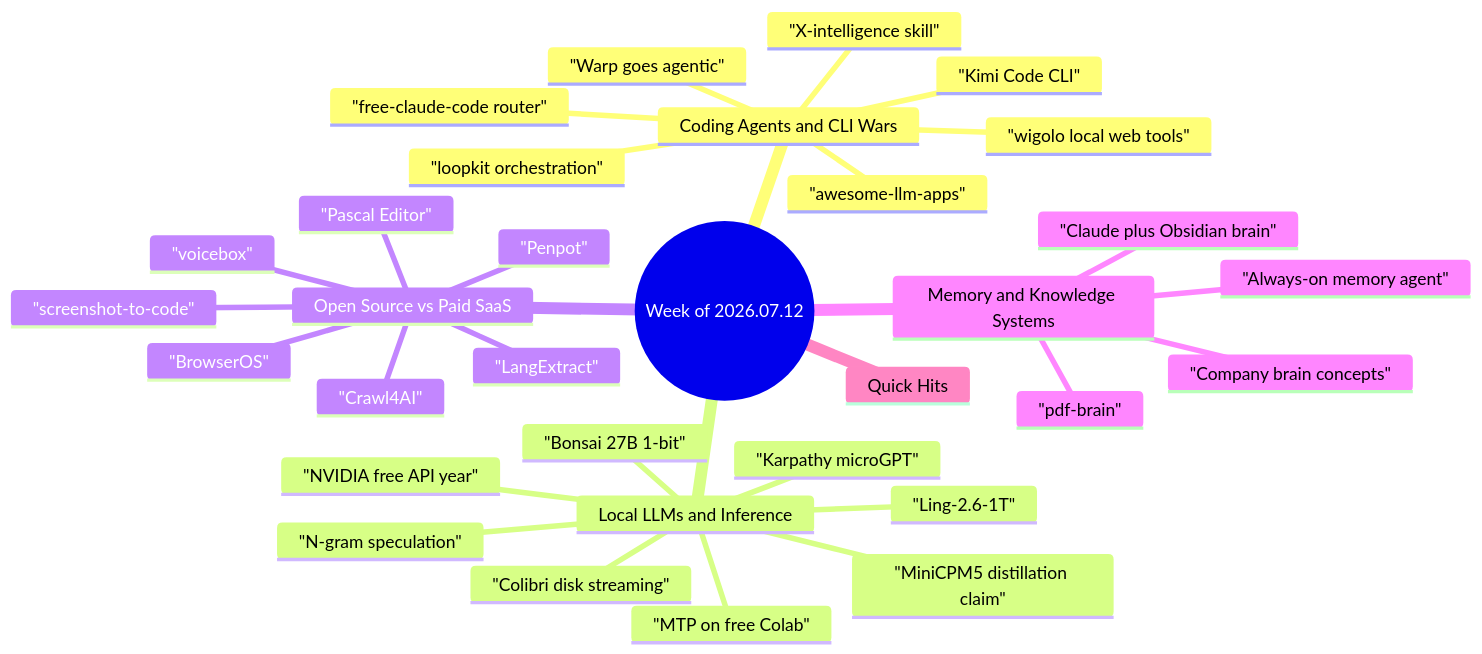
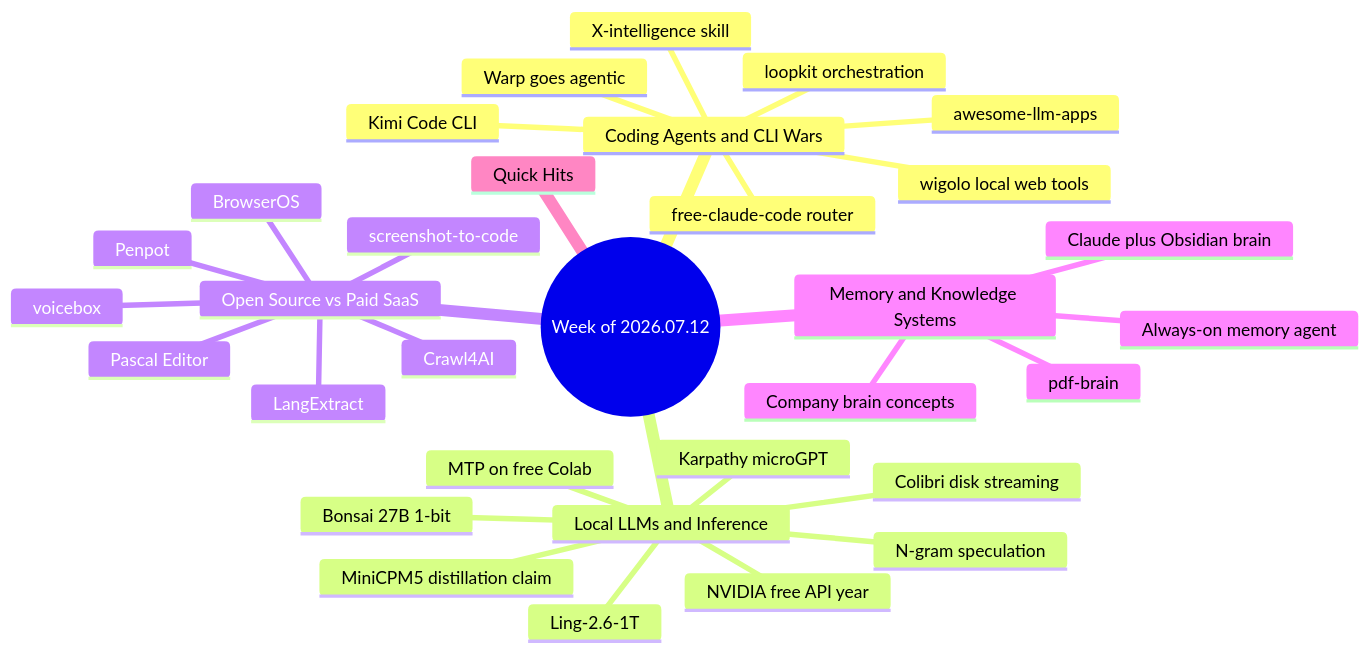
Before and after one commit to terrytompkins/MindOverModel-TechNews: the diagram in digest-2026.07.12.md, drawn with Mermaid. The commit also changed 3 other files, not shown here.

Commit message:
updated USERNAME in README.md to my username so links work from the readme; updated mermaid mindmap generation in the skill and the first digest.

````diff
--- a/digest-2026.07.12.md
+++ b/digest-2026.07.12.md
@@ -11,35 +11,35 @@
 ```mermaid
 mindmap
   root((Week of 2026.07.12))
     Coding Agents and CLI Wars
-      "Kimi Code CLI"
-      "Warp goes agentic"
-      "free-claude-code router"
-      "loopkit orchestration"
-      "wigolo local web tools"
-      "X-intelligence skill"
-      "awesome-llm-apps"
+      Kimi Code CLI
+      Warp goes agentic
+      free-claude-code router
+      loopkit orchestration
+      wigolo local web tools
+      X-intelligence skill
+      awesome-llm-apps
     Local LLMs and Inference
-      "Bonsai 27B 1-bit"
-      "Colibri disk streaming"
-      "Ling-2.6-1T"
-      "MiniCPM5 distillation claim"
-      "N-gram speculation"
-      "MTP on free Colab"
-      "NVIDIA free API year"
-      "Karpathy microGPT"
+      Bonsai 27B 1-bit
+      Colibri disk streaming
+      Ling-2.6-1T
+      MiniCPM5 distillation claim
+      N-gram speculation
+      MTP on free Colab
+      NVIDIA free API year
+      Karpathy microGPT
     Open Source vs Paid SaaS
-      "LangExtract"
-      "voicebox"
-      "Penpot"
-      "screenshot-to-code"
-      "Pascal Editor"
-      "Crawl4AI"
-      "BrowserOS"
+      LangExtract
+      voicebox
+      Penpot
+      screenshot-to-code
+      Pascal Editor
+      Crawl4AI
+      BrowserOS
     Memory and Knowledge Systems
-      "Claude plus Obsidian brain"
-      "Always-on memory agent"
-      "Company brain concepts"
-      "pdf-brain"
+      Claude plus Obsidian brain
+      Always-on memory agent
+      Company brain concepts
+      pdf-brain
     Quick Hits
 ```
````
